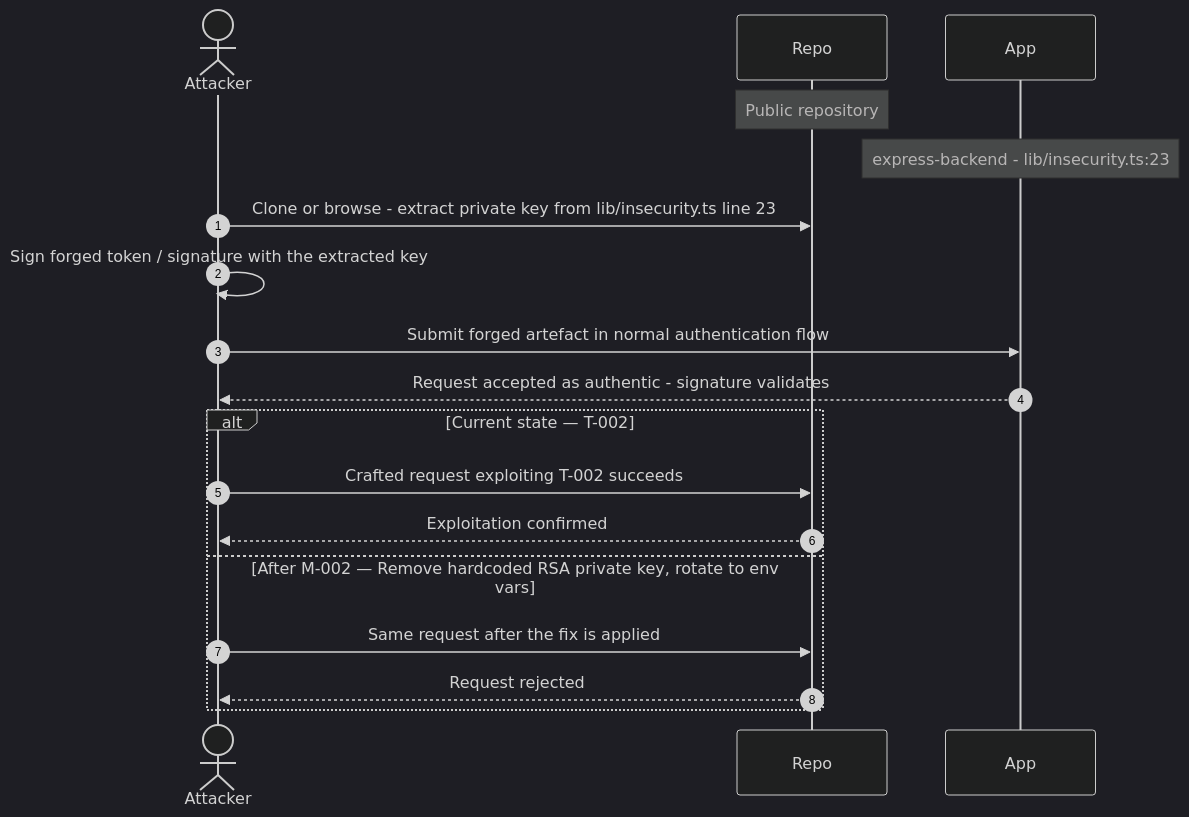
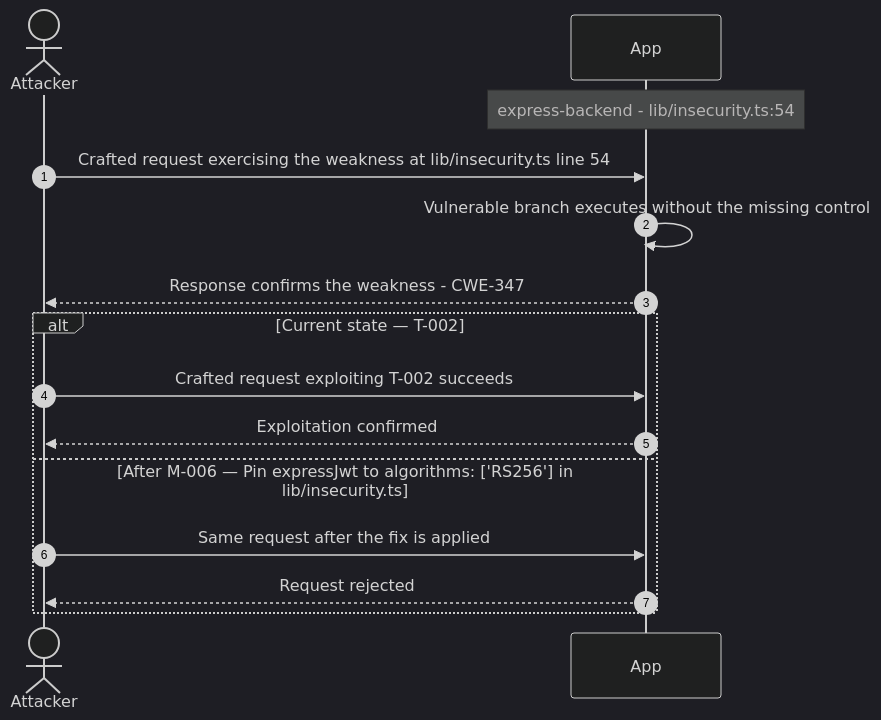
The ninth of 18 diagrams in examples/threat-modeler/threat-model-juice-shop-standard.md (appsec-foundry/appsec-advisor), drawn with Mermaid (dark theme) before and after one commit. The commit also changed other lines of this file and 44 other files, not shown here.

````diff
--- a/examples/threat-modeler/threat-model-juice-shop-standard.md
+++ b/examples/threat-modeler/threat-model-juice-shop-standard.md
@@ -553,20 +542,17 @@
 ```mermaid
 sequenceDiagram
     autonumber
     actor Attacker
-    participant Repo
     participant App
-    Note over Repo: Public repository
-    Note over App: express-backend - lib/insecurity.ts:23
-    Attacker->>Repo: Clone or browse - extract private key from lib/insecurity.ts line 23
-    Attacker->>Attacker: Sign forged token / signature with the extracted key
-    Attacker->>App: Submit forged artefact in normal authentication flow
-    App-->>Attacker: Request accepted as authentic - signature validates
+    Note over App: express-backend - lib/insecurity.ts:54
+    Attacker->>App: Crafted request exercising the weakness at lib/insecurity.ts line 54
+    App->>App: Vulnerable branch executes without the missing control
+    App-->>Attacker: Response confirms the weakness - CWE-347
     alt Current state — T-002
-        Attacker->>Repo: Crafted request exploiting T-002 succeeds
-        Repo-->>Attacker: Exploitation confirmed
-    else After M-002 — Remove hardcoded RSA private key, rotate to env vars
-        Attacker->>Repo: Same request after the fix is applied
-        Repo-->>Attacker: Request rejected
+        Attacker->>App: Crafted request exploiting T-002 succeeds
+        App-->>Attacker: Exploitation confirmed
+    else After M-006 — Pin expressJwt to algorithms: ['RS256'] in lib/insecurity.ts
+        Attacker->>App: Same request after the fix is applied
+        App-->>Attacker: Request rejected
     end
 ```
````
